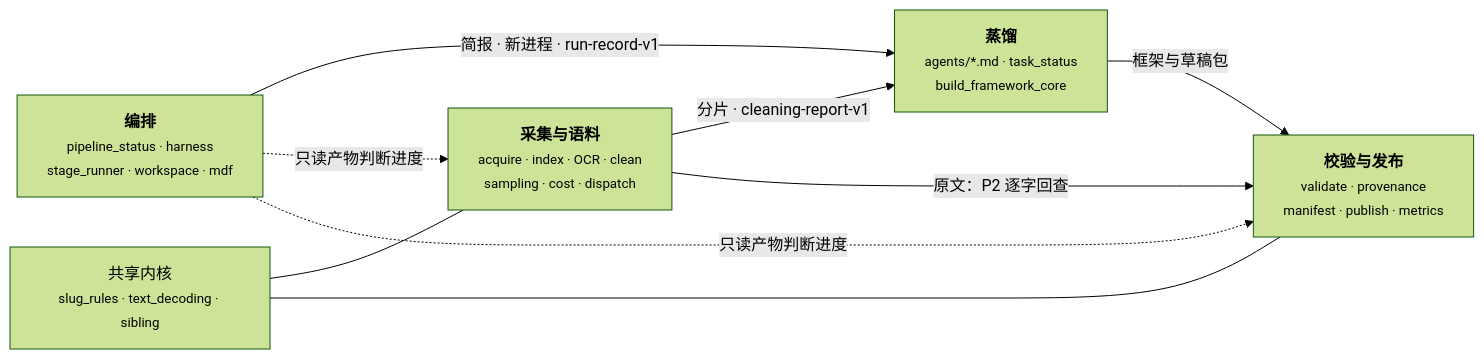
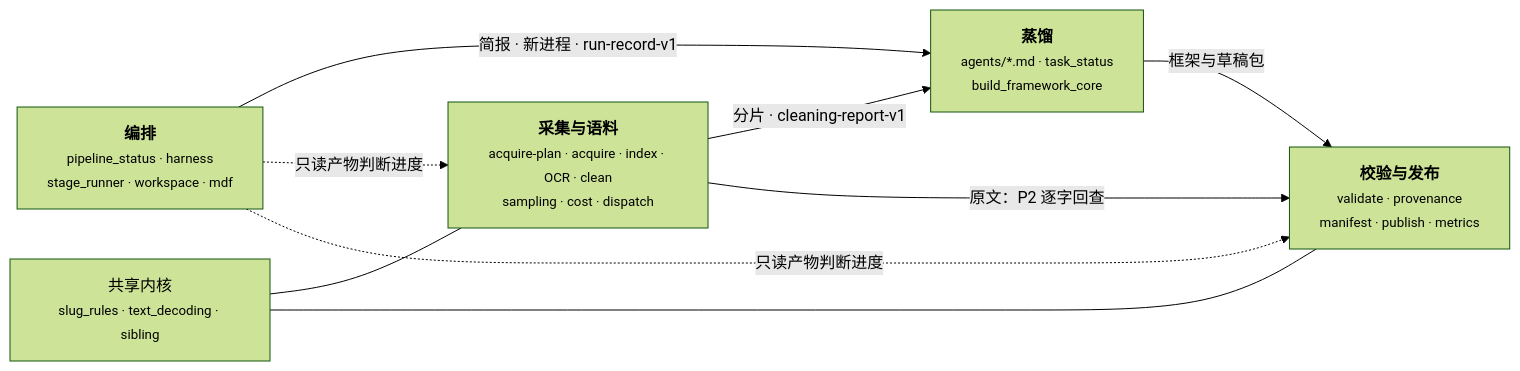
Before and after one commit to 20240610ldx-hub/Mind-Distill-Factory: the sixth of 6 diagrams in docs/architecture.md, drawn with Mermaid (forest theme). The commit also changed other lines of this file and 12 other files, not shown here.

````diff
--- a/docs/architecture.md
+++ b/docs/architecture.md
@@ -290,14 +296,14 @@
 ```mermaid
 flowchart LR
-    A["<b>采集与语料</b><br/><small>acquire · index · OCR · clean<br/>sampling · cost · dispatch</small>"]
+    A["<b>采集与语料</b><br/><small>acquire-plan · acquire · index · OCR · clean<br/>sampling · cost · dispatch</small>"]
     D["<b>蒸馏</b><br/><small>agents/*.md · task_status<br/>build_framework_core</small>"]
     V["<b>校验与发布</b><br/><small>validate · provenance<br/>manifest · publish · metrics</small>"]
     O["<b>编排</b><br/><small>pipeline_status · harness<br/>stage_runner · workspace · mdf</small>"]
     K["共享内核<br/><small>slug_rules · text_decoding · sibling</small>"]
     A -- "分片 · cleaning-report-v1" --> D
     D -- "框架与草稿包" --> V
     A -- "原文：P2 逐字回查" --> V
     O -- "简报 · 新进程 · run-record-v1" --> D
     O -. "只读产物判断进度" .-> A & V
     K --- A & V
 ```
````
